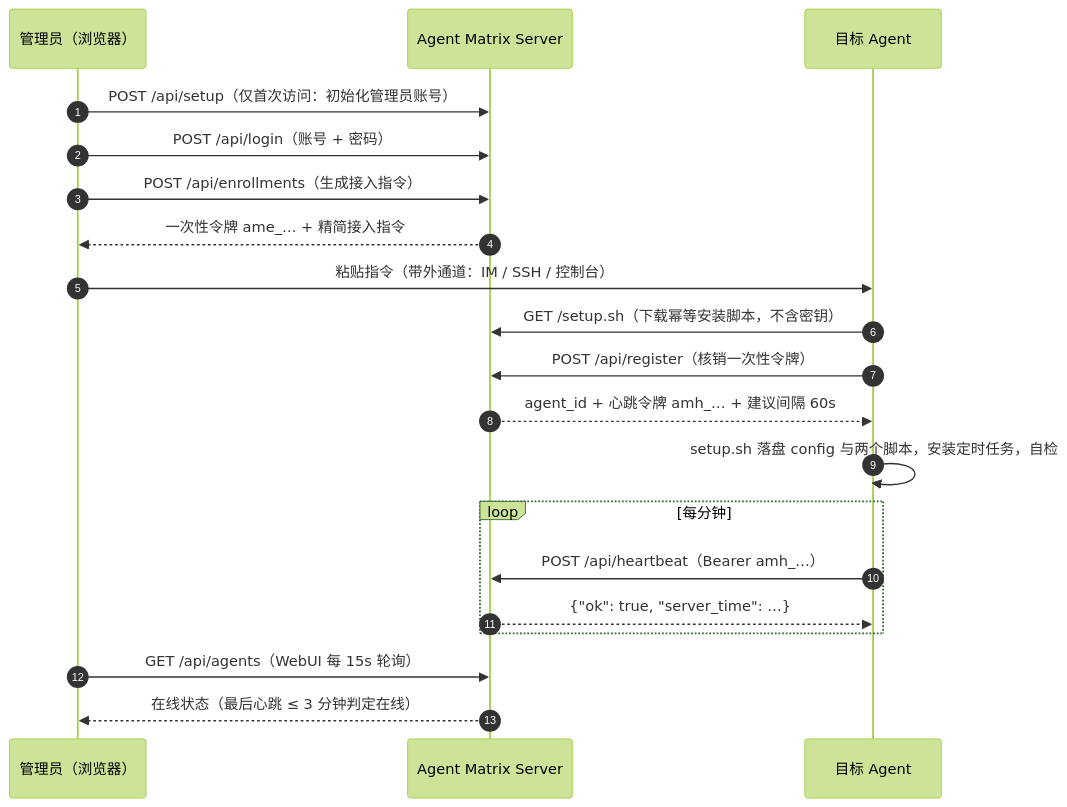
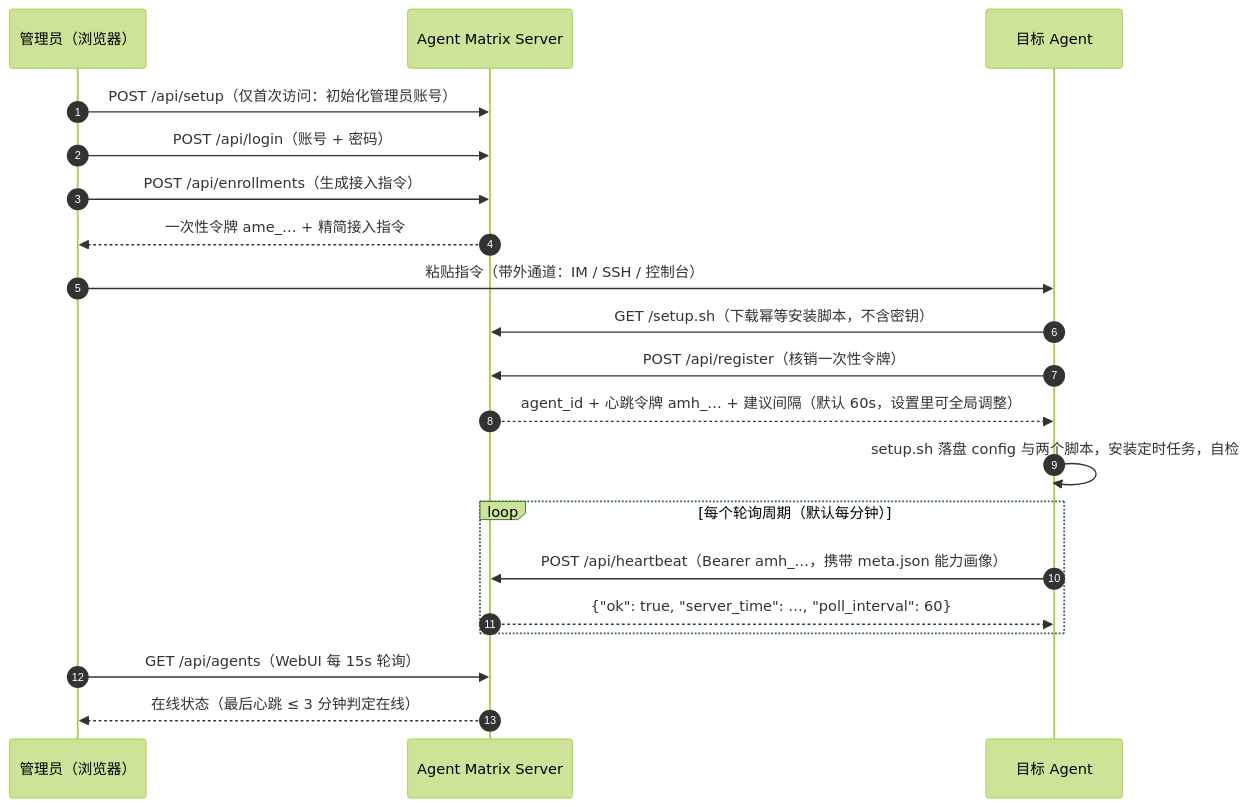
The third of 5 diagrams in README.md (HankGuo/agent-matrix), drawn with Mermaid (forest theme) before and after one commit. The commit also changed other lines of this file and 10 other files, not shown here.

First line of the commit message:
心跳下发全局轮询间隔 + meta.json 画像随心跳上报 + 禁止重名注册 (v0.11.0)

````diff
--- a/README.md
+++ b/README.md
@@ -104,23 +104,23 @@
 ```mermaid
 sequenceDiagram
     autonumber
     participant A as 管理员（浏览器）
     participant S as Agent Matrix Server
     participant G as 目标 Agent
 
     A->>S: POST /api/setup（仅首次访问：初始化管理员账号）
     A->>S: POST /api/login（账号 + 密码）
     A->>S: POST /api/enrollments（生成接入指令）
     S-->>A: 一次性令牌 ame_… + 精简接入指令
     A->>G: 粘贴指令（带外通道：IM / SSH / 控制台）
     G->>S: GET /setup.sh（下载幂等安装脚本，不含密钥）
     G->>S: POST /api/register（核销一次性令牌）
-    S-->>G: agent_id + 心跳令牌 amh_… + 建议间隔 60s
+    S-->>G: agent_id + 心跳令牌 amh_… + 建议间隔（默认 60s，设置里可全局调整）
     G->>G: setup.sh 落盘 config 与两个脚本，安装定时任务，自检
-    loop 每分钟
-        G->>S: POST /api/heartbeat（Bearer amh_…）
-        S-->>G: {"ok": true, "server_time": …}
+    loop 每个轮询周期（默认每分钟）
+        G->>S: POST /api/heartbeat（Bearer amh_…，携带 meta.json 能力画像）
+        S-->>G: {"ok": true, "server_time": …, "poll_interval": 60}
     end
     A->>S: GET /api/agents（WebUI 每 15s 轮询）
     S-->>A: 在线状态（最后心跳 ≤ 3 分钟判定在线）
 ```
````
